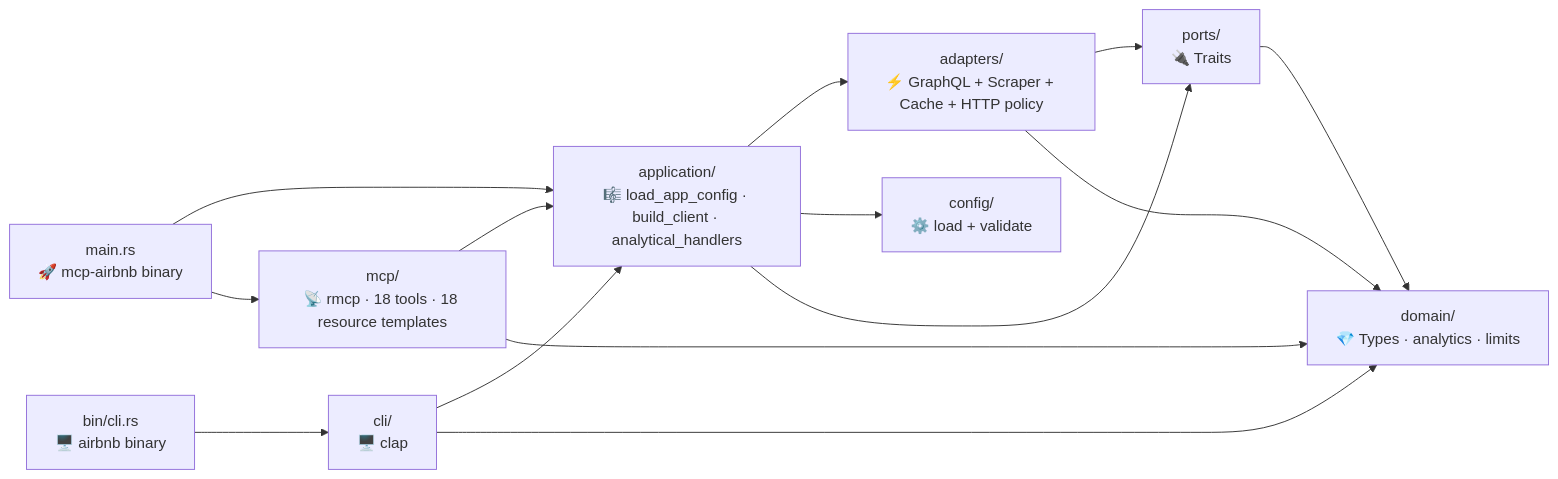
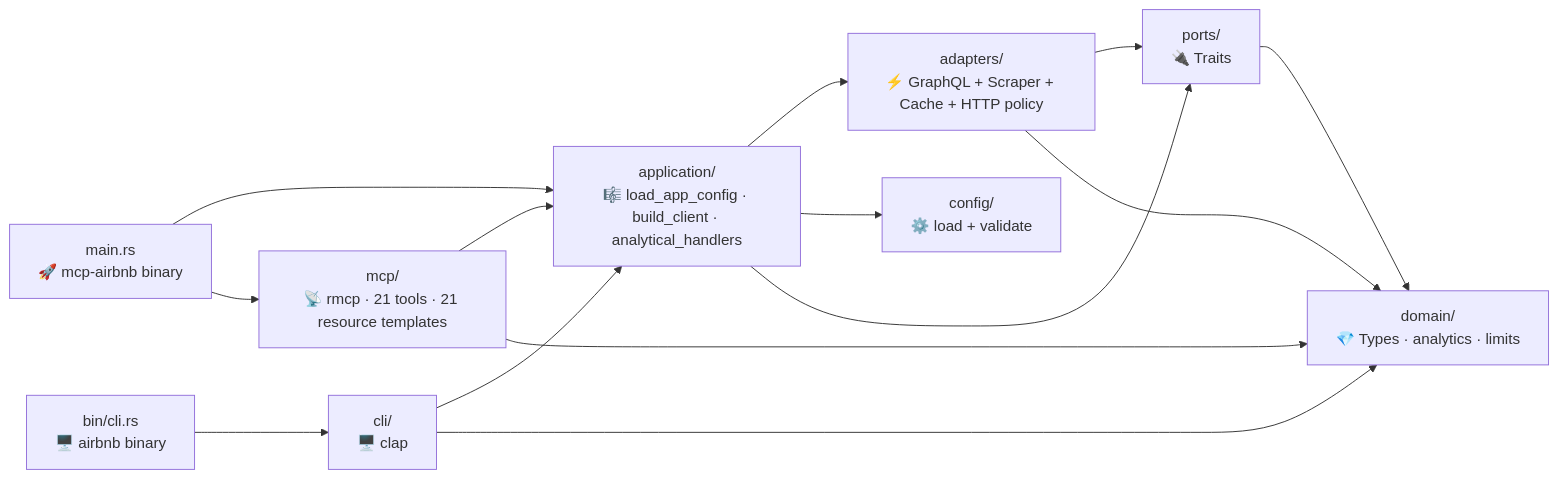
Before and after one commit to muchiny/mcp-airbnb: the diagram in src/README.md, drawn with Mermaid. The commit also changed other lines of this file and 97 other files, not shown here.

````diff
--- a/src/README.md
+++ b/src/README.md
@@ -7,18 +7,18 @@
 ```mermaid
 graph LR
     main["main.rs<br/>🚀 mcp-airbnb binary"] --> application
     main --> mcp
     clibin["bin/cli.rs<br/>🖥️ airbnb binary"] --> cli
-    mcp["mcp/<br/>📡 rmcp · 18 tools · 18 resource templates"] --> application
+    mcp["mcp/<br/>📡 rmcp · 21 tools · 21 resource templates"] --> application
     mcp --> domain
     cli["cli/<br/>🖥️ clap"] --> application
     cli --> domain
     application["application/<br/>🎼 load_app_config · build_client · analytical_handlers"] --> adapters
     application --> config
     application --> ports
     adapters["adapters/<br/>⚡ GraphQL + Scraper + Cache + HTTP policy"] --> ports
     adapters --> domain
     ports["ports/<br/>🔌 Traits"] --> domain
     config["config/<br/>⚙️ load + validate"]
     domain["domain/<br/>💎 Types · analytics · limits"]
 ```
````
